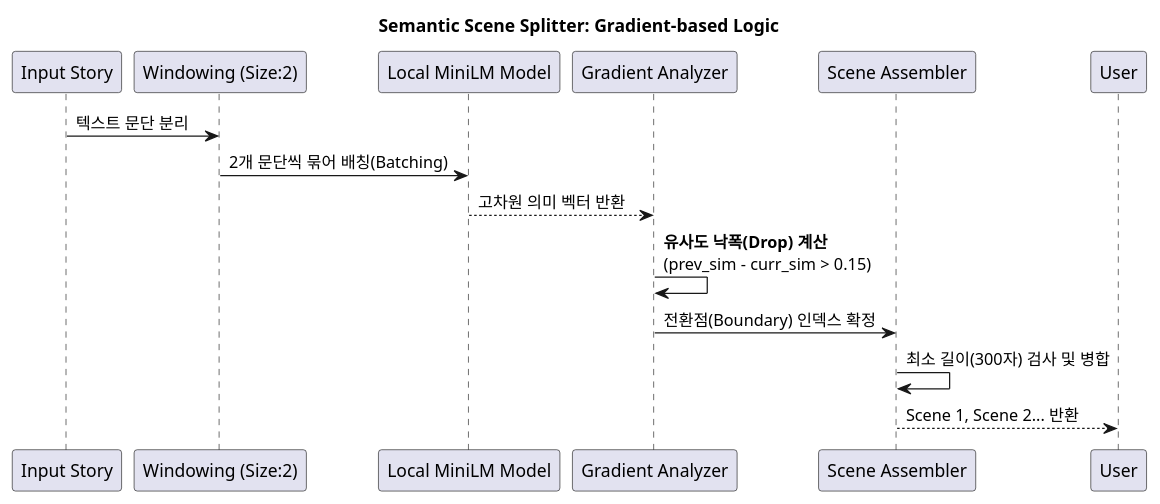
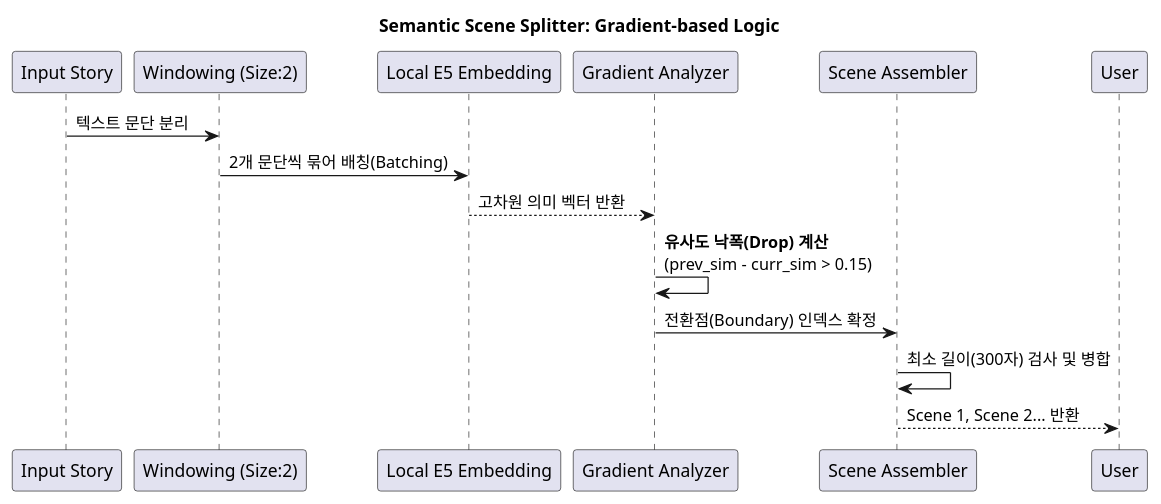
Before and after one commit to jejusopp/narrative-engine: the diagram in doc/semantic-scene-splitter.md, drawn with PlantUML. The commit also changed other lines of this file and 1 other file, not shown here.

````diff
--- a/doc/semantic-scene-splitter.md
+++ b/doc/semantic-scene-splitter.md
@@ -17,19 +17,19 @@
 ```plantuml
 @startuml
 title Semantic Scene Splitter: Gradient-based Logic
 
 participant "Input Story" as IS
 participant "Windowing (Size:2)" as WS
-participant "Local MiniLM Model" as LM
+participant "Local E5 Embedding" as LM
 participant "Gradient Analyzer" as GA
 participant "Scene Assembler" as SA
 
 IS -> WS : 텍스트 문단 분리
 WS -> LM : 2개 문단씩 묶어 배칭(Batching)
 LM --> GA : 고차원 의미 벡터 반환
 GA -> GA : **유사도 낙폭(Drop) 계산**\n(prev_sim - curr_sim > 0.15)
 GA -> SA : 전환점(Boundary) 인덱스 확정
 SA -> SA : 최소 길이(300자) 검사 및 병합
 SA --> User : Scene 1, Scene 2... 반환
 @enduml
 ```
````
